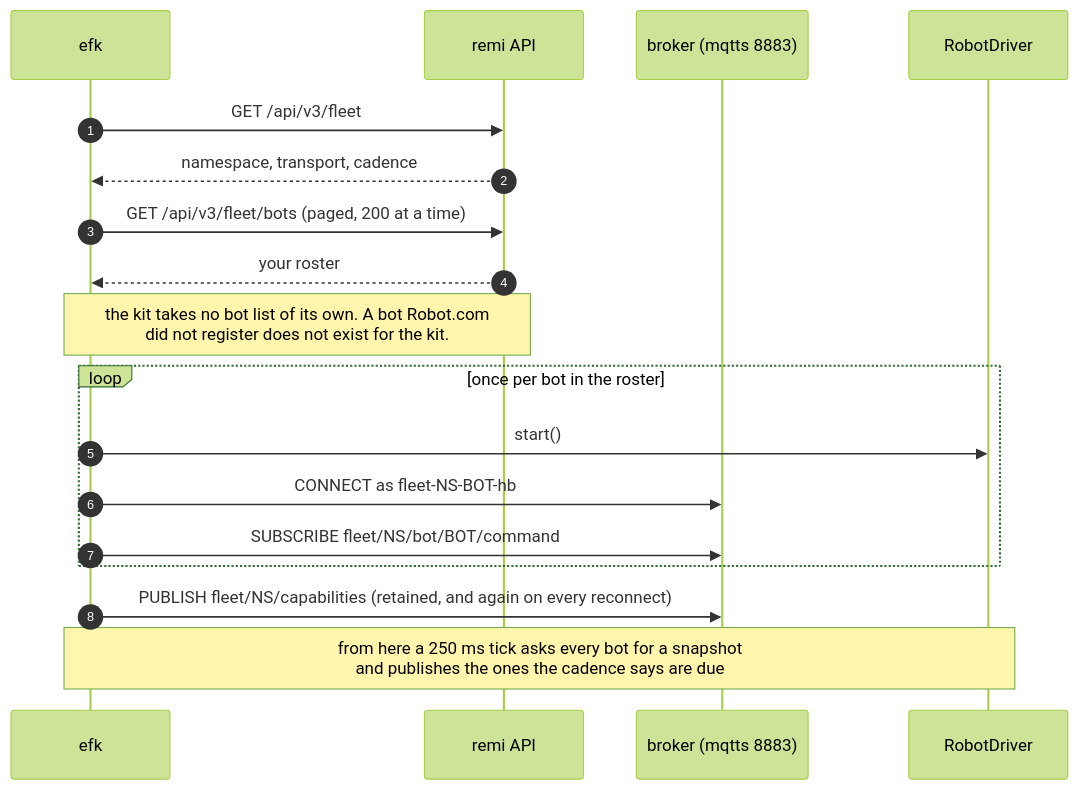
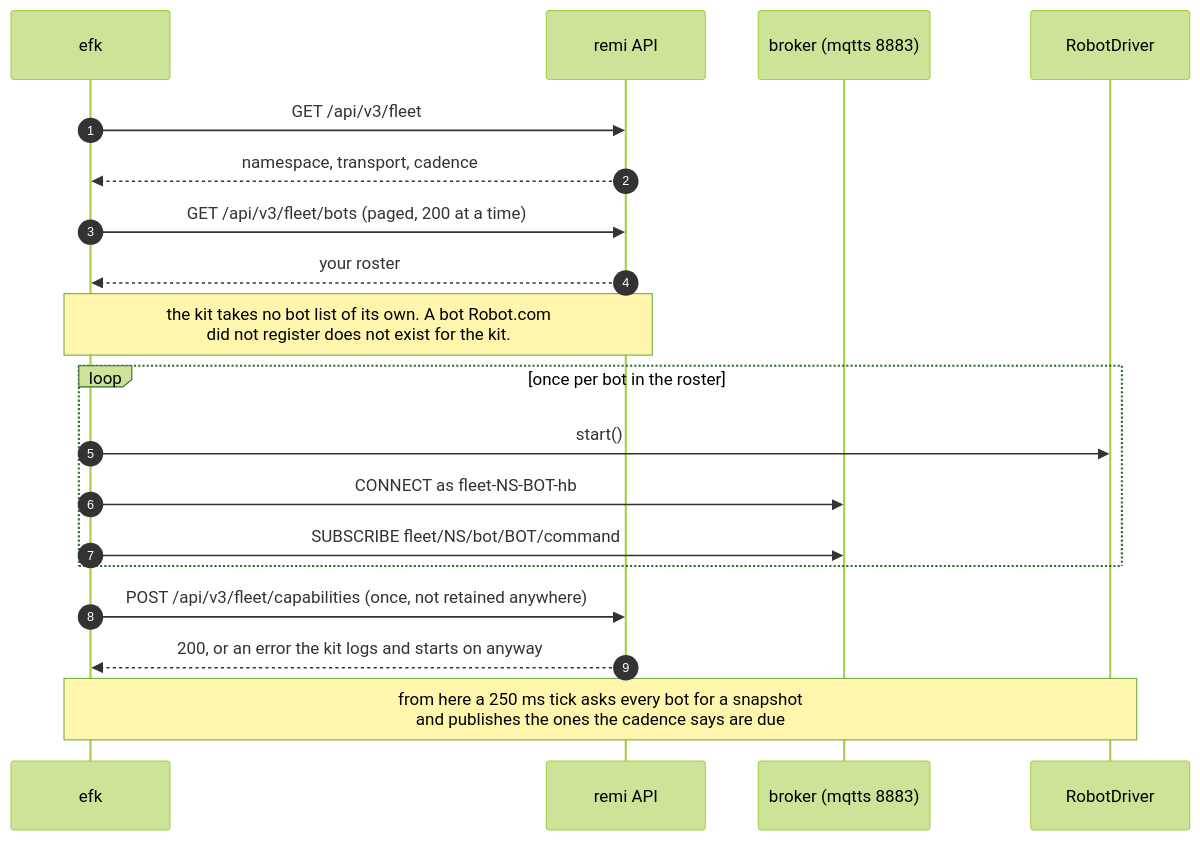
One commit to gokiwibot/external-fleet-kit changed the first of 5 diagrams in README.md. Above: the diagram before and after it, drawn with Mermaid (forest theme). The commit also changed other lines of this file and 9 other files, not shown here.

Commit message:
docs: capabilities are sent to remi, not served and published

````diff
--- a/README.md
+++ b/README.md
@@ -97,20 +97,21 @@
 ```mermaid
 sequenceDiagram
     autonumber
     participant K as efk
     participant R as remi API
     participant B as broker (mqtts 8883)
     participant D as RobotDriver
     K->>R: GET /api/v3/fleet
     R-->>K: namespace, transport, cadence
     K->>R: GET /api/v3/fleet/bots (paged, 200 at a time)
     R-->>K: your roster
     Note over K,R: the kit takes no bot list of its own. A bot Robot.com<br/>did not register does not exist for the kit.
     loop once per bot in the roster
         K->>D: start()
         K->>B: CONNECT as fleet-NS-BOT-hb
         K->>B: SUBSCRIBE fleet/NS/bot/BOT/command
     end
-    K->>B: PUBLISH fleet/NS/capabilities (retained, and again on every reconnect)
+    K->>R: POST /api/v3/fleet/capabilities (once, not retained anywhere)
+    R-->>K: 200, or an error the kit logs and starts on anyway
     Note over K,D: from here a 250 ms tick asks every bot for a snapshot<br/>and publishes the ones the cadence says are due
 ```
````
